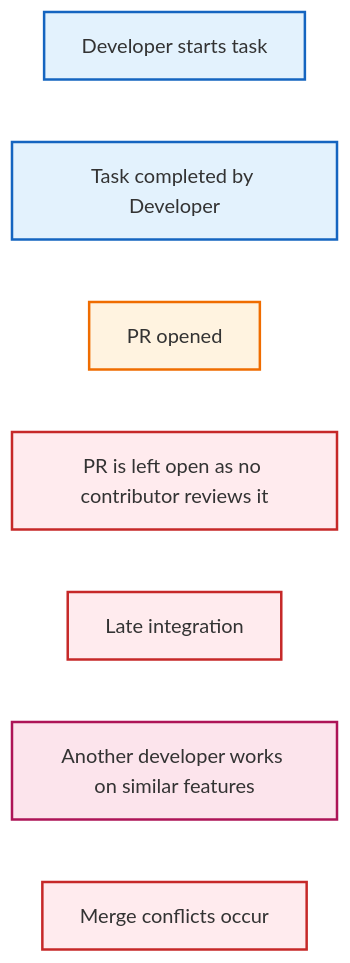
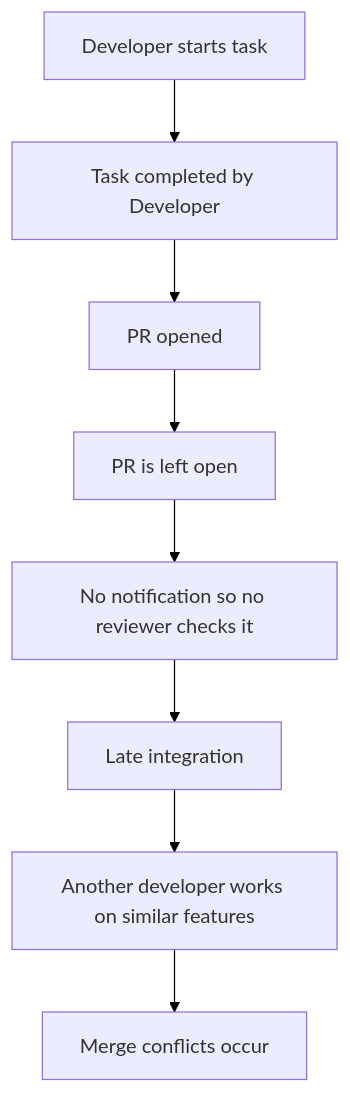
One commit to doda25-team2/operation changed the first of 2 diagrams in docs/extension.md. Above: the diagram before and after it, drawn with Mermaid. The commit also changed other lines of this file, not shown here.

````diff
--- a/docs/extension.md
+++ b/docs/extension.md
@@ -19,17 +19,19 @@
 ```mermaid
 %%{init: {'theme': 'default', 'themeVariables': {
-  'lineColor': '#ffffff'
+  'lineColor': '#000000'
 }}}%%
 flowchart TD
-    A[Developer starts task]:::dev --> B[Task completed by Developer]:::dev
-    B --> C[PR opened]:::pr
-    C --> D[PR is left open as no contributor reviews it]:::problem
-    D --> E[Late integration]:::problem
-    E --> F[Another developer works on similar features]:::risk
-    F --> G[Merge conflicts occur]:::problem
+    A[Developer starts task] --> B[Task completed by Developer]
+    B --> C[PR opened]
+    C --> D[PR is left open]
+    D --> E[No notification so no reviewer checks it]
+    E --> F[Late integration]
+    F --> G[Another developer works on similar features]
+    G --> H[Merge conflicts occur]
+
 
     classDef dev fill:#e3f2fd,stroke:#1565c0,stroke-width:2px;
     classDef pr fill:#fff3e0,stroke:#ef6c00,stroke-width:2px;
     classDef problem fill:#ffebee,stroke:#c62828,stroke-width:2px;
     classDef risk fill:#fce4ec,stroke:#ad1457,stroke-width:2px;
 ```
````
